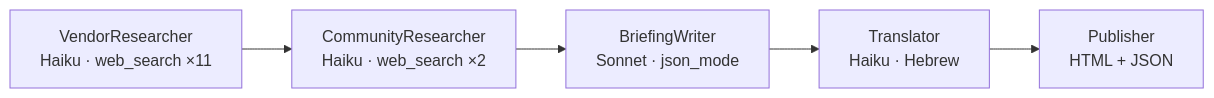
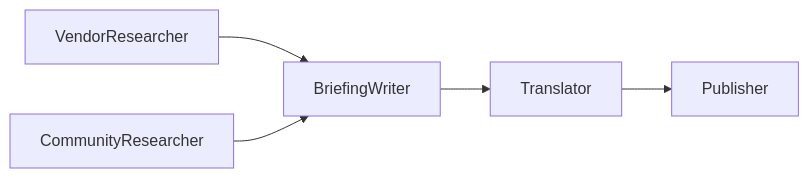
Before and after one commit to kobyal/ai-news-briefing: the fourth of 15 diagrams in README.md, drawn with Mermaid. The commit also changed other lines of this file, not shown here.

Commit message:
docs: rewrite README for current 11-agent architecture

````diff
--- a/README.md
+++ b/README.md
@@ -228,8 +220,7 @@
 ```mermaid
 flowchart LR
-    VR["VendorResearcher\nHaiku · web_search ×11"] -->
-    CR["CommunityResearcher\nHaiku · web_search ×2"] -->
-    BW["BriefingWriter\nSonnet · json_mode"] -->
-    TR["Translator\nHaiku · Hebrew"] -->
-    PB["Publisher\nHTML + JSON"]
+    A["VendorResearcher"] --> C["BriefingWriter"]
+    B["CommunityResearcher"] --> C
+    C --> D["Translator"]
+    D --> E["Publisher"]
 ```
````
